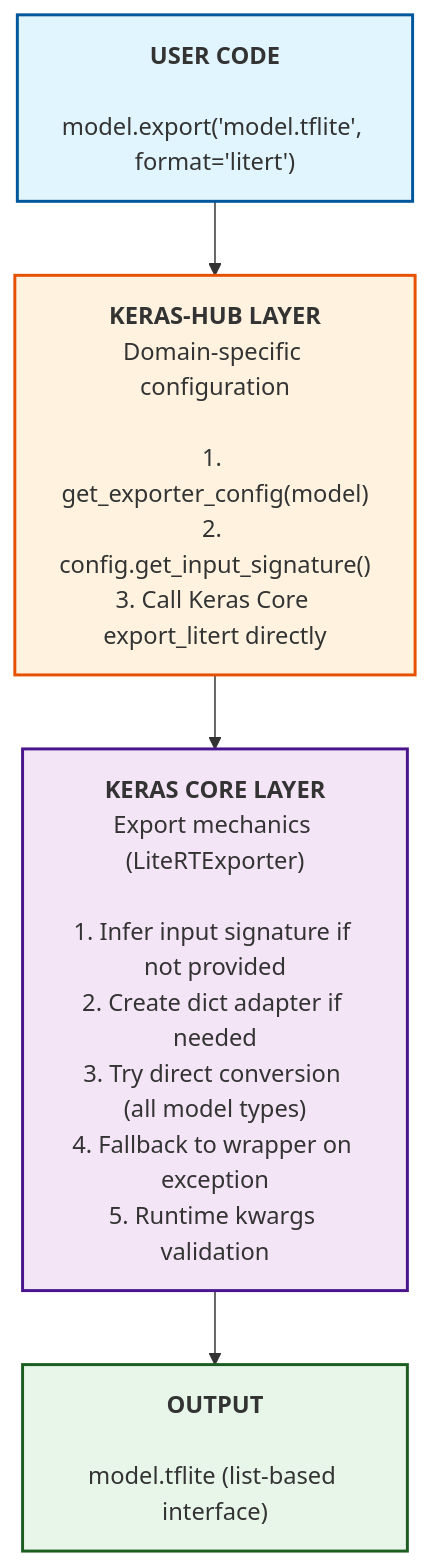
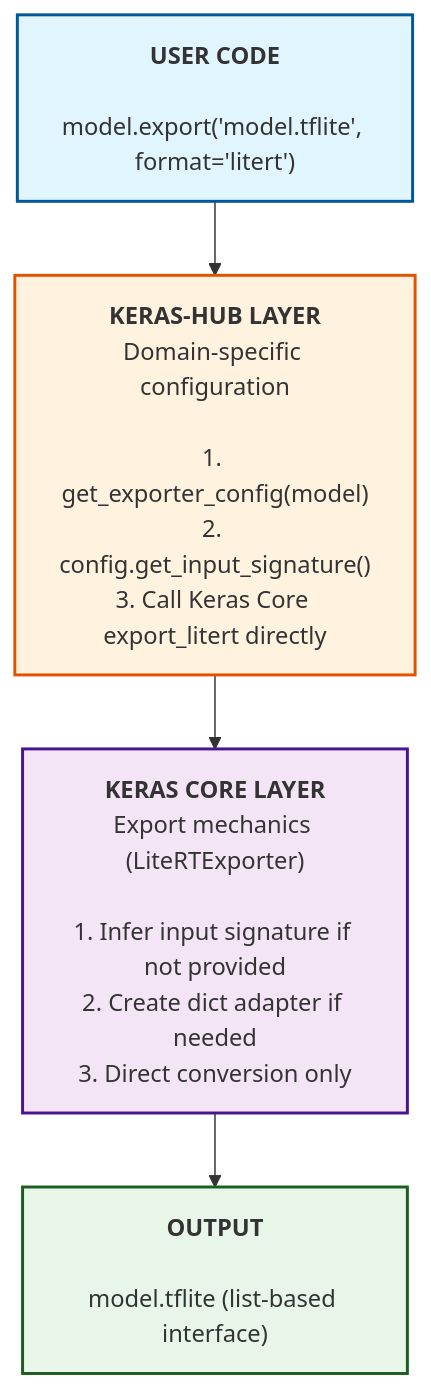
The first of 6 diagrams in LiteRT Export design doc reviewed.md (pctablet505/litert-export-docs), drawn with Mermaid before and after one commit. The commit also changed other lines of this file, not shown here.

Commit message:
Update LiteRT Export design doc reviewed.md

````diff
--- a/LiteRT Export design doc reviewed.md
+++ b/LiteRT Export design doc reviewed.md
@@ -195,19 +204,19 @@
 ```mermaid
 flowchart TD
     A["<b>USER CODE</b><br/><br/>model.export('model.tflite', format='litert')"]
     
     B["<b>KERAS-HUB LAYER</b><br/>Domain-specific configuration<br/><br/>1. get_exporter_config(model)<br/>2. config.get_input_signature()<br/>3. Call Keras Core export_litert directly"]
     
-    C["<b>KERAS CORE LAYER</b><br/>Export mechanics (LiteRTExporter)<br/><br/>1. Infer input signature if not provided<br/>2. Create dict adapter if needed<br/>3. Try direct conversion (all model types)<br/>4. Fallback to wrapper on exception<br/>5. Runtime kwargs validation"]
+    C["<b>KERAS CORE LAYER</b><br/>Export mechanics (LiteRTExporter)<br/><br/>1. Infer input signature if not provided<br/>2. Create dict adapter if needed<br/>3. Direct conversion only"]
     
     D["<b>OUTPUT</b><br/><br/>model.tflite (list-based interface)"]
     
     A --> B
     B --> C
     C --> D
     
     style A fill:#e1f5ff,stroke:#01579b,stroke-width:2px
     style B fill:#fff3e0,stroke:#e65100,stroke-width:2px
     style C fill:#f3e5f5,stroke:#4a148c,stroke-width:2px
     style D fill:#e8f5e9,stroke:#1b5e20,stroke-width:2px
 ```
````
